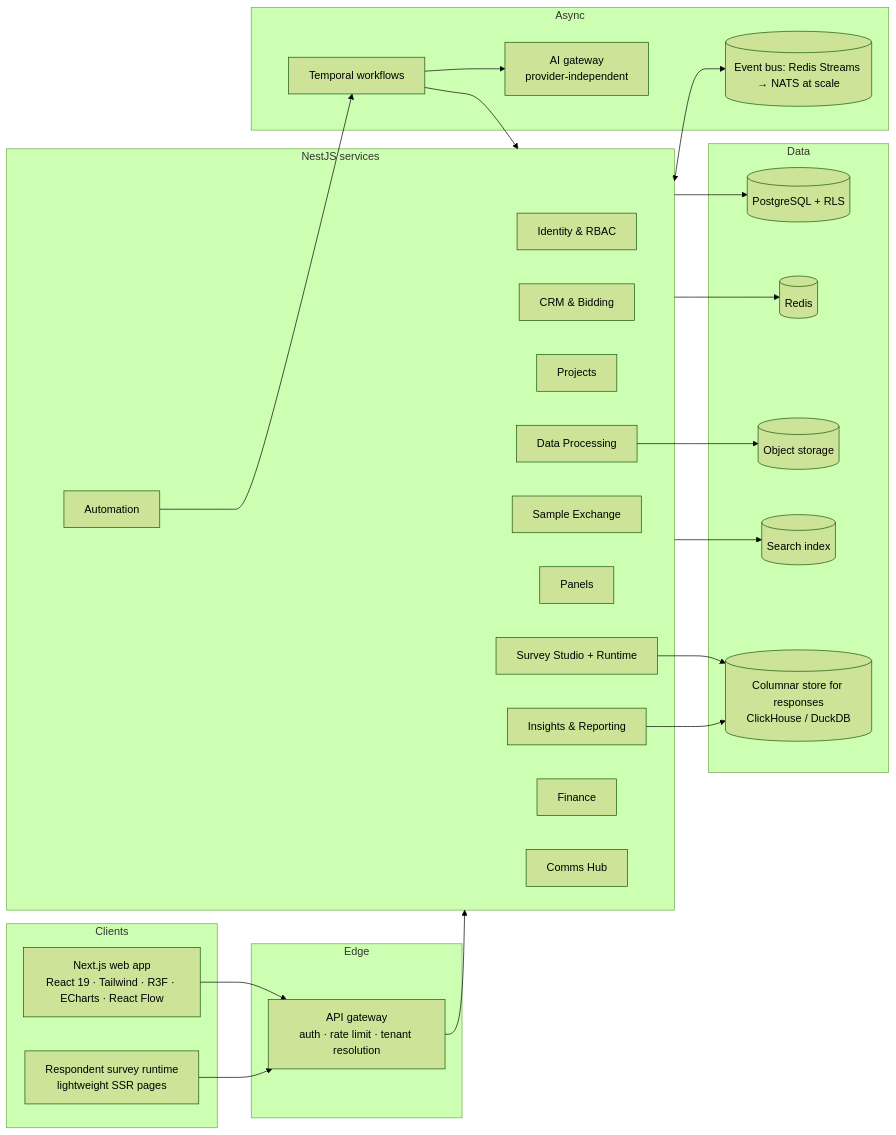
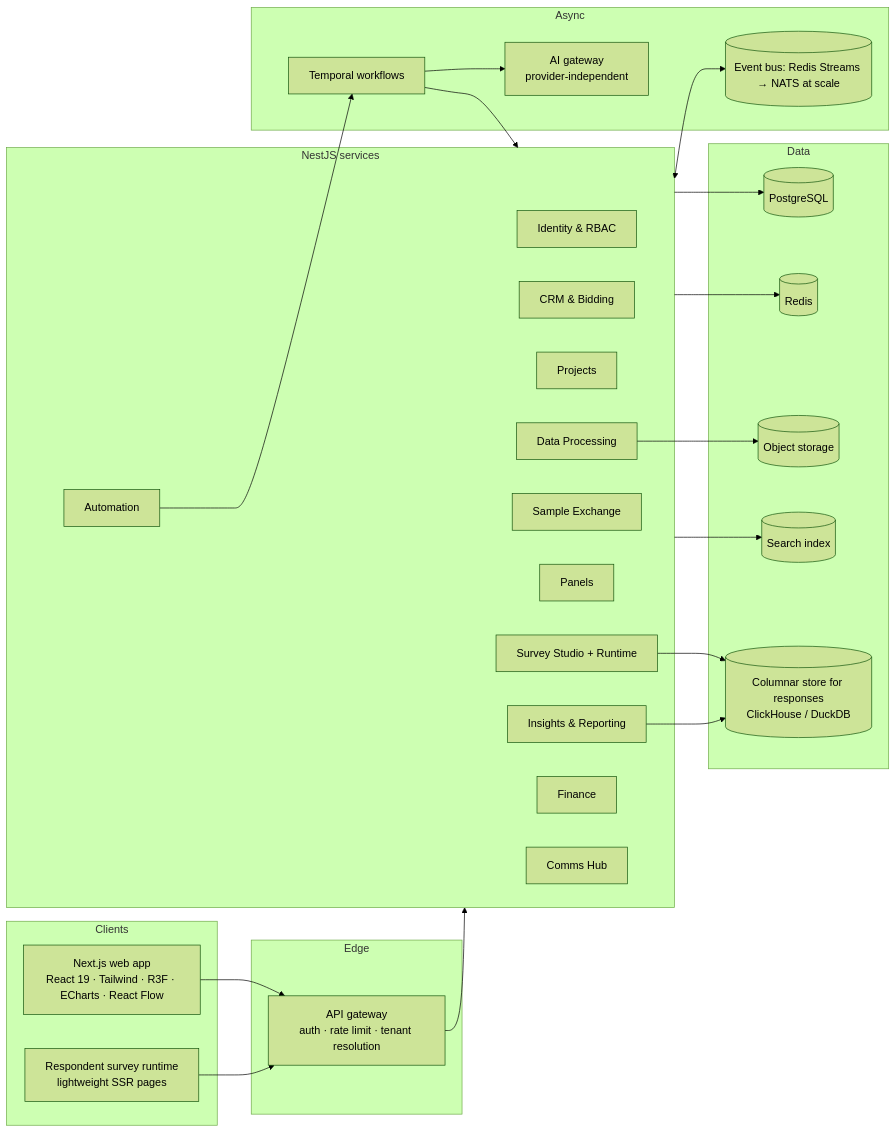
Before and after one commit to kunalsharma-ai/Sampledge-full-Supply-CRM: the first of 2 diagrams in docs/ARCHITECTURE.md, drawn with Mermaid (forest theme). The commit also changed other lines of this file and 134 other files, not shown here.

````diff
--- a/docs/ARCHITECTURE.md
+++ b/docs/ARCHITECTURE.md
@@ -7,46 +7,46 @@
 ```mermaid
 flowchart LR
   subgraph Clients
     W[Next.js web app<br/>React 19 · Tailwind · R3F · ECharts · React Flow]
     R[Respondent survey runtime<br/>lightweight SSR pages]
   end
   subgraph Edge
     GW[API gateway<br/>auth · rate limit · tenant resolution]
   end
   subgraph Core[NestJS services]
     ID[Identity & RBAC]
     CRM[CRM & Bidding]
     PM[Projects]
     SV[Survey Studio + Runtime]
     MK[Sample Exchange]
     PN[Panels]
     DP[Data Processing]
     AN[Insights & Reporting]
     FI[Finance]
     CM[Comms Hub]
     AU[Automation]
   end
   subgraph Async
     WF[Temporal workflows]
     BUS[(Event bus: Redis Streams → NATS at scale)]
     AI[AI gateway<br/>provider-independent]
   end
   subgraph Data
-    PG[(PostgreSQL + RLS)]
+    PG[(PostgreSQL)]
     RD[(Redis)]
     OS[(Object storage)]
     SR[(Search index)]
     OL[(Columnar store for responses<br/>ClickHouse / DuckDB)]
   end
   W --> GW --> Core
   R --> GW
   Core <--> BUS
   Core --> PG
   Core --> RD
   SV --> OL
   AN --> OL
   AU --> WF --> AI
   WF --> Core
   DP --> OS
   Core --> SR
 ```
````
